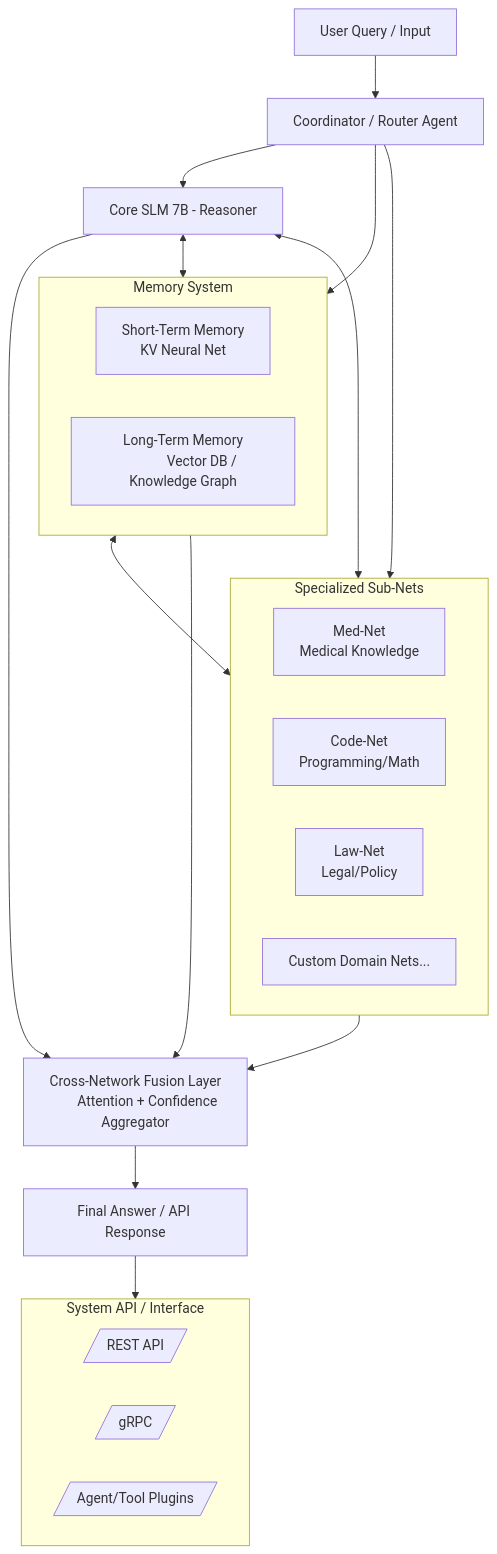
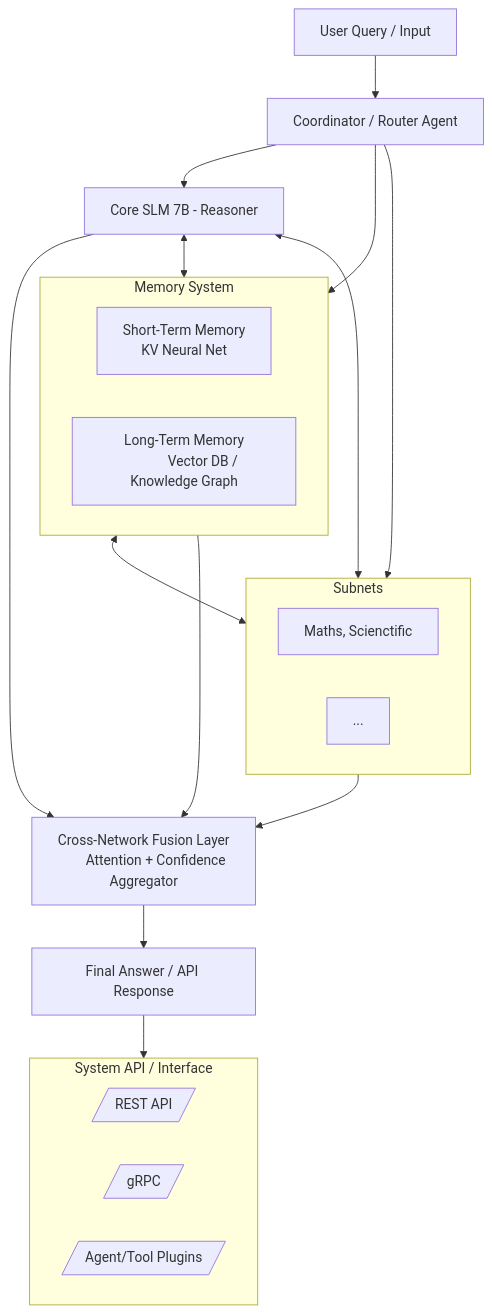
The diagram in docs/public/ARCHITECTURE.md (Lyrixtah/AtomMind), drawn with Mermaid before and after one commit.

````diff
--- a/docs/public/ARCHITECTURE.md
+++ b/docs/public/ARCHITECTURE.md
@@ -1,51 +1,46 @@
 ```mermaid
 flowchart TB
 
     %% User Interaction
     A[User Query / Input] --> B[Coordinator / Router Agent]
 
     %% Core Model
     B --> C[Core SLM 7B - Reasoner]
 
     %% Memory System
     subgraph D[Memory System]
         D1[Short-Term Memory
             KV Neural Net]
         D2[Long-Term Memory
             Vector DB / Knowledge Graph]
     end
     B --> D
     C <--> D
 
     %% Specialized Subnets
-    subgraph E[Specialized Sub-Nets]
-        E1[Med-Net
-            Medical Knowledge]
-        E2[Code-Net
-            Programming/Math]
-        E3[Law-Net
-            Legal/Policy]
-        E4[Custom Domain Nets...]
+    subgraph E[Subnets]
+        E1[Maths, Scienctific]
+        E2[...]
     end
     B --> E
     C <--> E
     D <--> E
 
     %% Fusion Layer
     F[Cross-Network Fusion Layer
         Attention + Confidence Aggregator]
     C --> F
     D --> F
     E --> F
 
     %% Final Output
     F --> G[Final Answer / API Response]
 
     %% API Layer
     subgraph H[System API / Interface]
         H1[/REST API/]
         H2[/gRPC/]
         H3[/Agent/Tool Plugins/]
     end
     G --> H
 ```
````
